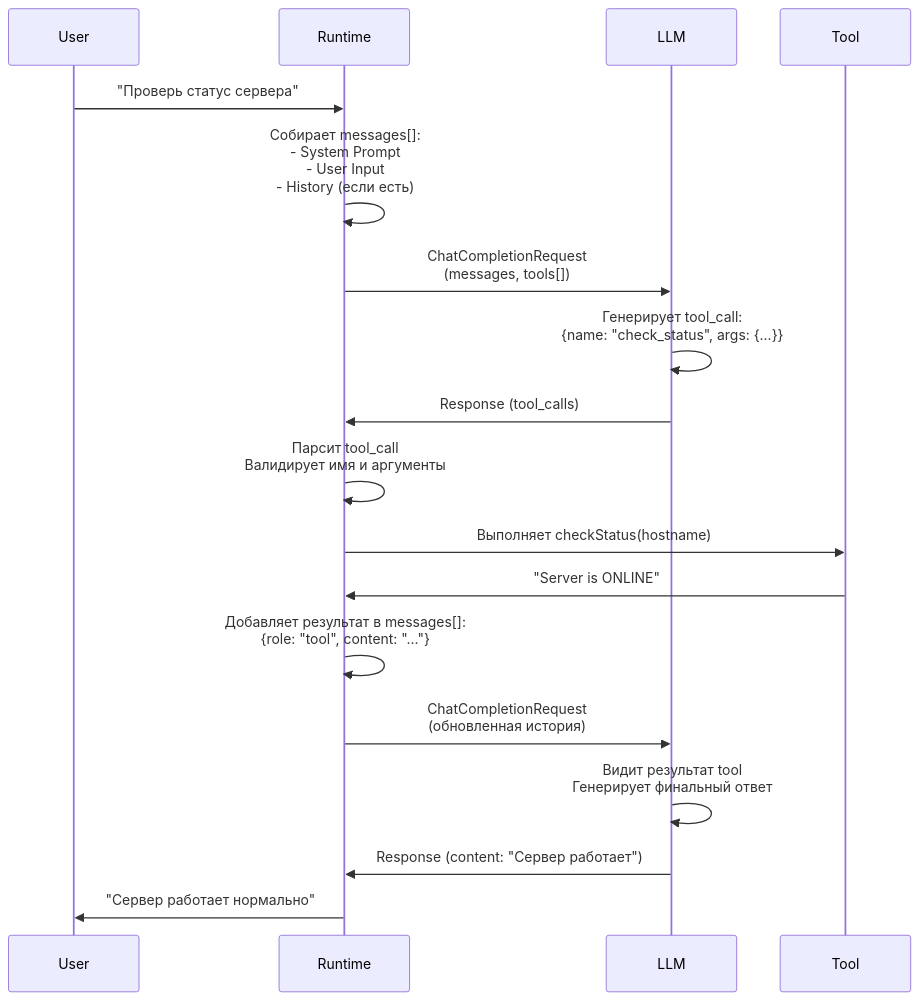
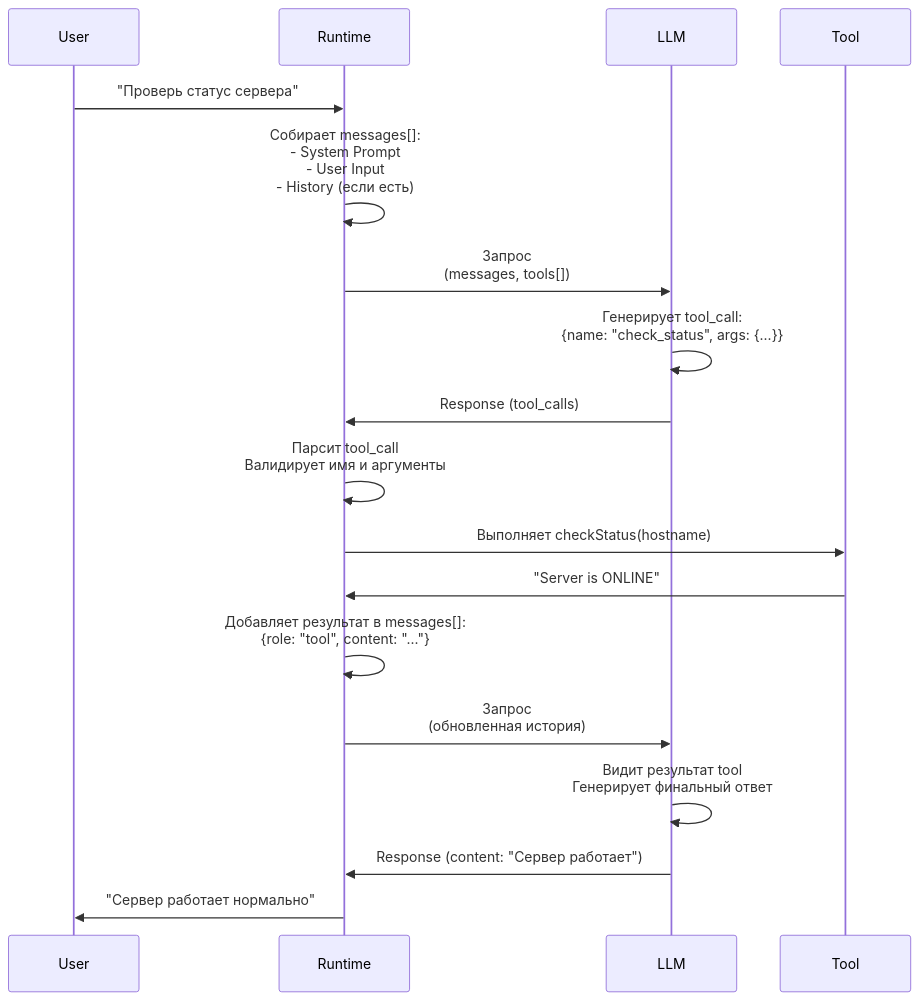
The diagram in translations/ru/book/09-agent-architecture/README.md (kshvakov/ai-agent-course), drawn with Mermaid before and after one commit. The commit also changed other lines of this file and 32 other files, not shown here.

````diff
--- a/translations/ru/book/09-agent-architecture/README.md
+++ b/translations/ru/book/09-agent-architecture/README.md
@@ -815,21 +239,21 @@
 ```mermaid
 sequenceDiagram
     participant User
     participant Runtime
     participant LLM
     participant Tool
-    
+
     User->>Runtime: "Проверь статус сервера"
     Runtime->>Runtime: Собирает messages[]:<br/>- System Prompt<br/>- User Input<br/>- History (если есть)
-    Runtime->>LLM: ChatCompletionRequest<br/>(messages, tools[])
+    Runtime->>LLM: Запрос<br/>(messages, tools[])
     LLM->>LLM: Генерирует tool_call:<br/>{name: "check_status", args: {...}}
     LLM->>Runtime: Response (tool_calls)
     Runtime->>Runtime: Парсит tool_call<br/>Валидирует имя и аргументы
     Runtime->>Tool: Выполняет checkStatus(hostname)
     Tool->>Runtime: "Server is ONLINE"
     Runtime->>Runtime: Добавляет результат в messages[]:<br/>{role: "tool", content: "..."}
-    Runtime->>LLM: ChatCompletionRequest<br/>(обновленная история)
+    Runtime->>LLM: Запрос<br/>(обновленная история)
     LLM->>LLM: Видит результат tool<br/>Генерирует финальный ответ
     LLM->>Runtime: Response (content: "Сервер работает")
     Runtime->>User: "Сервер работает нормально"
 ```
````
